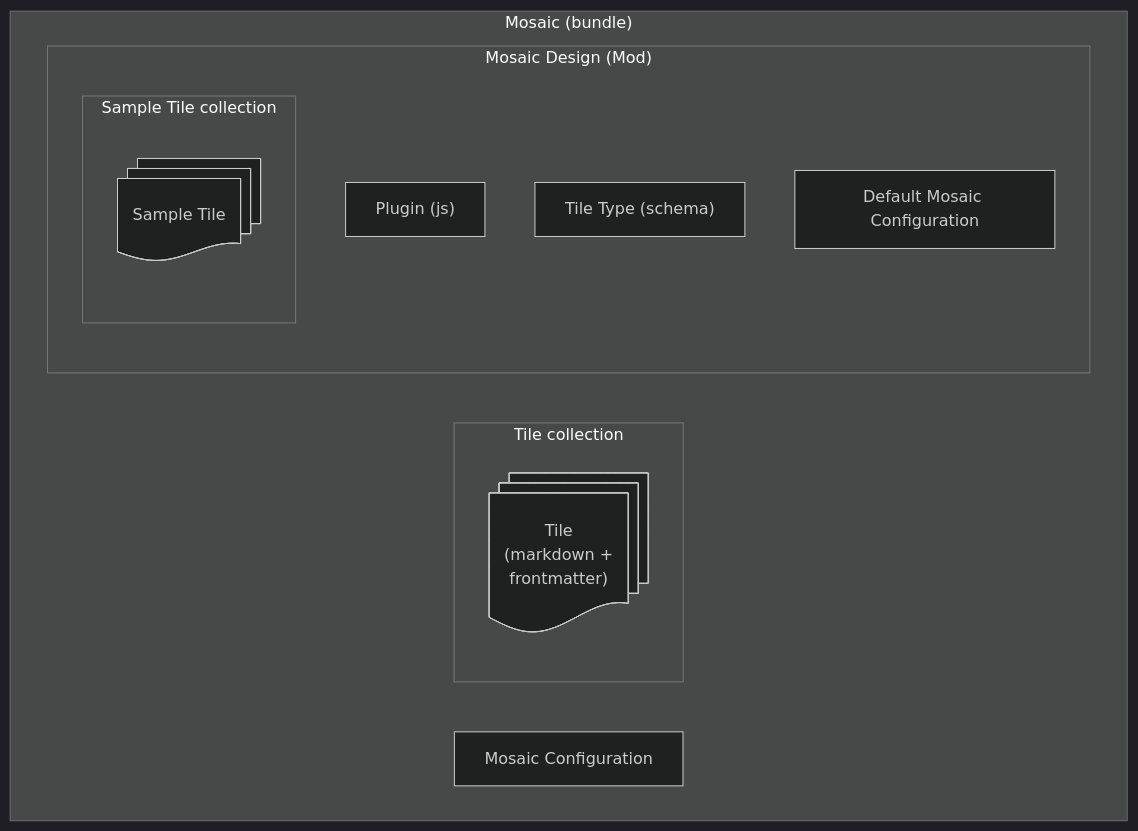
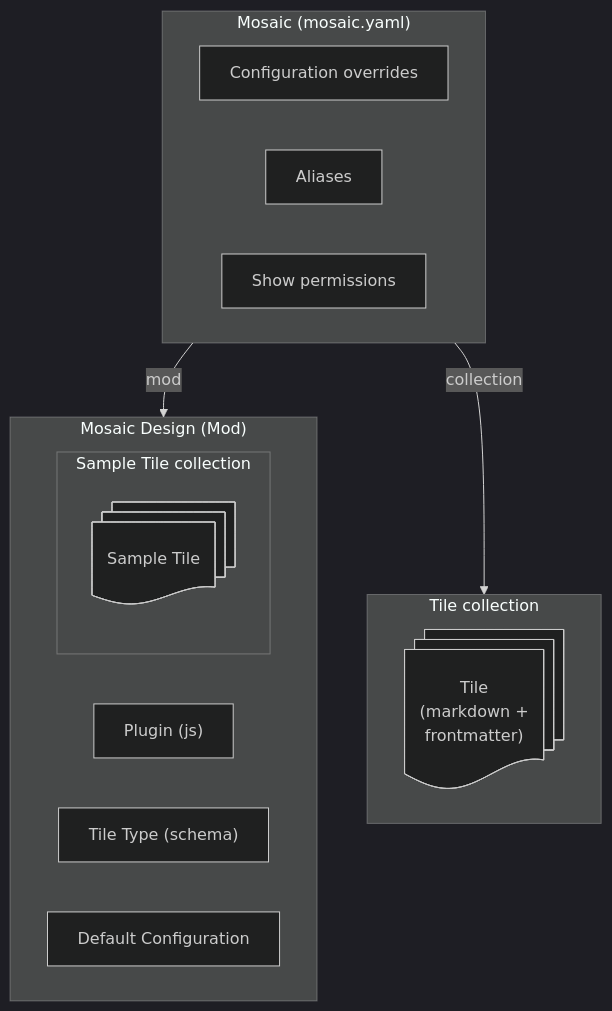
One commit to teselarium/teselarium changed the first of 2 diagrams in docs/opentesela_spec.md. Above: the diagram before and after it, drawn with Mermaid (dark theme). The commit also changed other lines of this file and 87 other files, not shown here.

````diff
--- a/docs/opentesela_spec.md
+++ b/docs/opentesela_spec.md
@@ -17,17 +17,21 @@
 ```mermaid
 flowchart TD
-    subgraph Mosaic["Mosaic (bundle)"]
-      subgraph TileCollection["Tile collection"]
-        Tiles@{ shape: docs, label: "Tile\n(markdown +\n frontmatter)" }
+    subgraph MosaicFile["Mosaic (mosaic.yaml)"]
+      mosaic_conf["Configuration overrides"]
+      aliases["Aliases"]
+      mosaic_permissions["Show permissions"]
+    end
+    subgraph TileCollection["Tile collection"]
+      Tiles@{ shape: docs, label: "Tile\n(markdown +\n frontmatter)" }
+    end
+    subgraph Mod["Mosaic Design (Mod)"]
+      plugin["Plugin (js)"]
+      schema["Tile Type (schema)"]
+      mod_conf["Default Configuration"]
+      subgraph SampleTileCollection["Sample Tile collection"]
+        SampleTiles@{ shape: docs, label: "Sample Tile" }
       end
-      subgraph Mod["Mosaic Design (Mod)"]
-        plugin["Plugin (js)"]
-        schema["Tile Type (schema)"]
-        default_mosaic_conf["Default Mosaic Configuration"]
-        subgraph SampleTileCollection["Sample Tile collection"]
-          SampleTiles@{ shape: docs, label: "Sample Tile" }
-        end
-      end
-      mosaic_conf["Mosaic Configuration"]
     end
+    MosaicFile -- "mod" --> Mod
+    MosaicFile -- "collection" --> TileCollection
 ```
````
